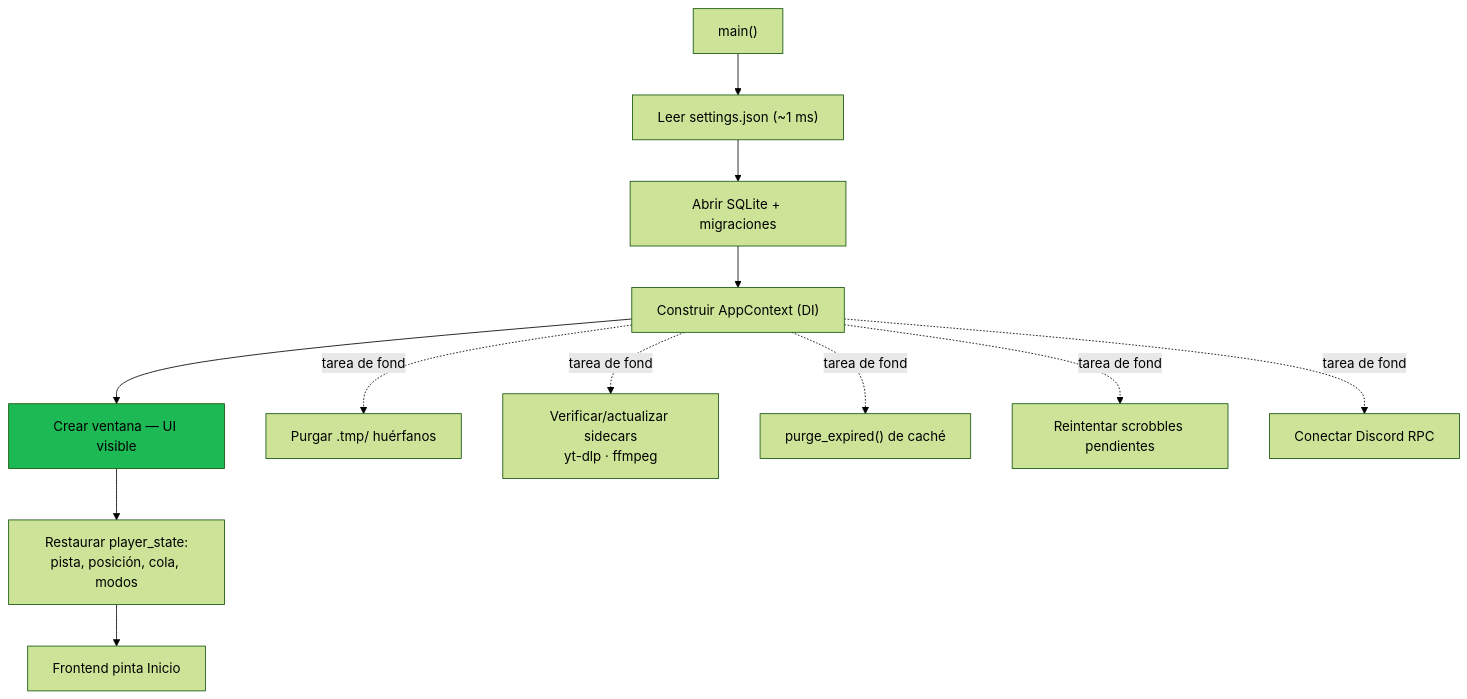
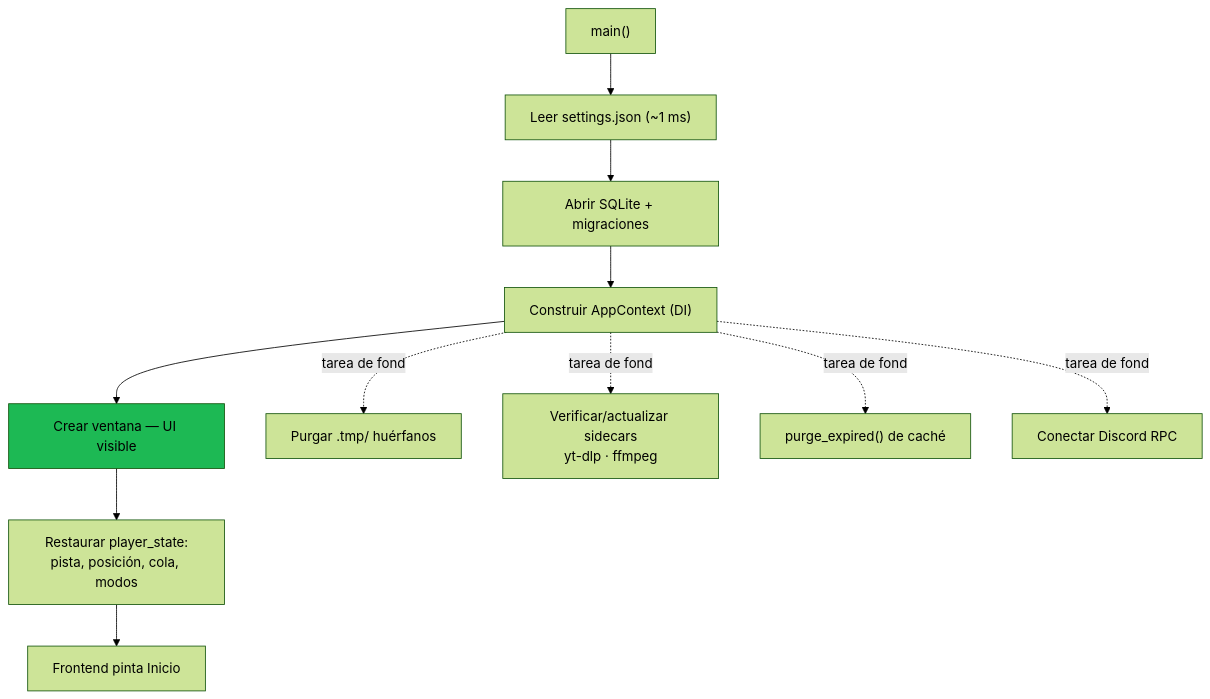
Before and after one commit to Eldur4023/Localify: the fifth of 6 diagrams in docs/architecture/03-communication.md, drawn with Mermaid (forest theme). The commit also changed 54 other files, not shown here.

````diff
--- a/docs/architecture/03-communication.md
+++ b/docs/architecture/03-communication.md
@@ -306,17 +306,16 @@
 ```mermaid
 flowchart TD
     A["main()"] --> B["Leer settings.json (~1 ms)"]
     B --> C["Abrir SQLite + migraciones"]
     C --> D["Construir AppContext (DI)"]
     D --> E["Crear ventana — UI visible"]
     E --> F["Restaurar player_state:<br/>pista, posición, cola, modos"]
     F --> G["Frontend pinta Inicio"]
 
     D -.tarea de fondo.-> H["Purgar .tmp/ huérfanos"]
     D -.tarea de fondo.-> I["Verificar/actualizar sidecars<br/>yt-dlp · ffmpeg"]
     D -.tarea de fondo.-> J["purge_expired() de caché"]
-    D -.tarea de fondo.-> K["Reintentar scrobbles pendientes"]
     D -.tarea de fondo.-> L["Conectar Discord RPC"]
 
     style E fill:#1db954,color:#000
 ```
````
